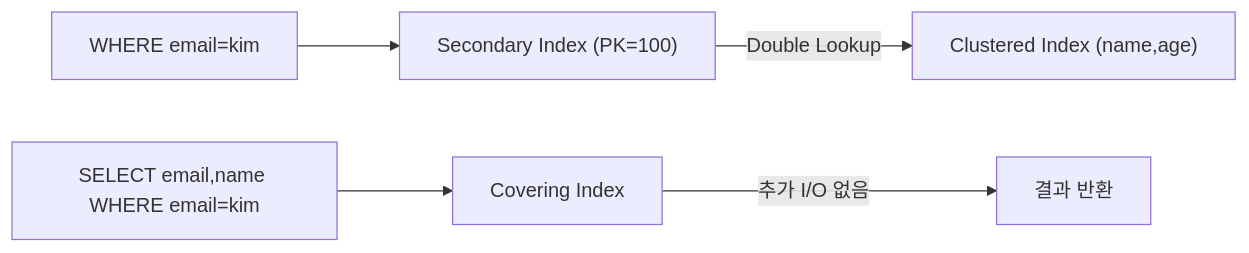
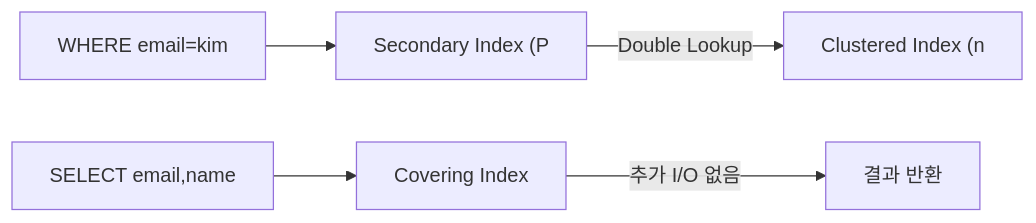
One commit to yjkim2015/yjkim2015.github.io changed the fourth of 5 diagrams in _posts/db/2026-05-01-db-index.md. Above: the diagram before and after it, drawn with Mermaid. The commit also changed other lines of this file and 271 other files, not shown here.

First line of the commit message:
Mermaid 라벨 축소: 긴 노드 텍스트 18자 이하로 트림 + \n 제거

````diff
--- a/_posts/db/2026-05-01-db-index.md
+++ b/_posts/db/2026-05-01-db-index.md
@@ -97,7 +97,7 @@
 ```mermaid
 graph LR
-    Q["WHERE email=kim"] --> SI["Secondary Index (PK=100)"]
-    SI -->|"Double Lookup"| CI["Clustered Index (name,age)"]
-    Q2["SELECT email,name WHERE email=kim"] --> SI2["Covering Index"]
+    Q["WHERE email=kim"] --> SI["Secondary Index (P"]
+    SI -->|"Double Lookup"| CI["Clustered Index (n"]
+    Q2["SELECT email,name"] --> SI2["Covering Index"]
     SI2 -->|"추가 I/O 없음"| R["결과 반환"]
 ```
````
